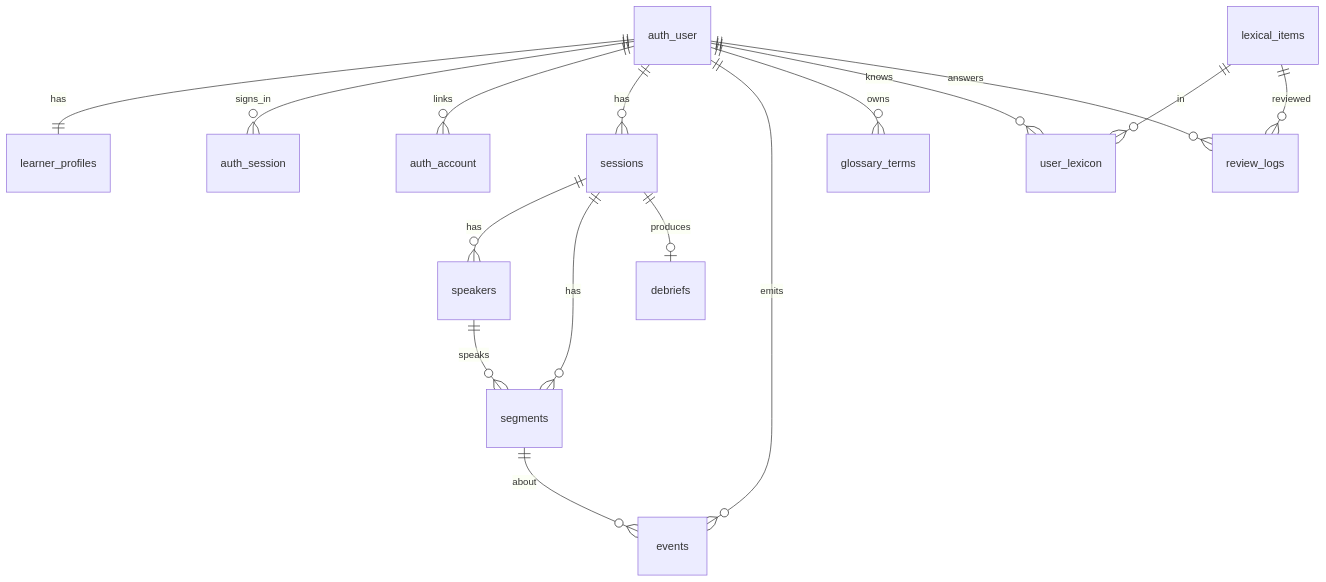
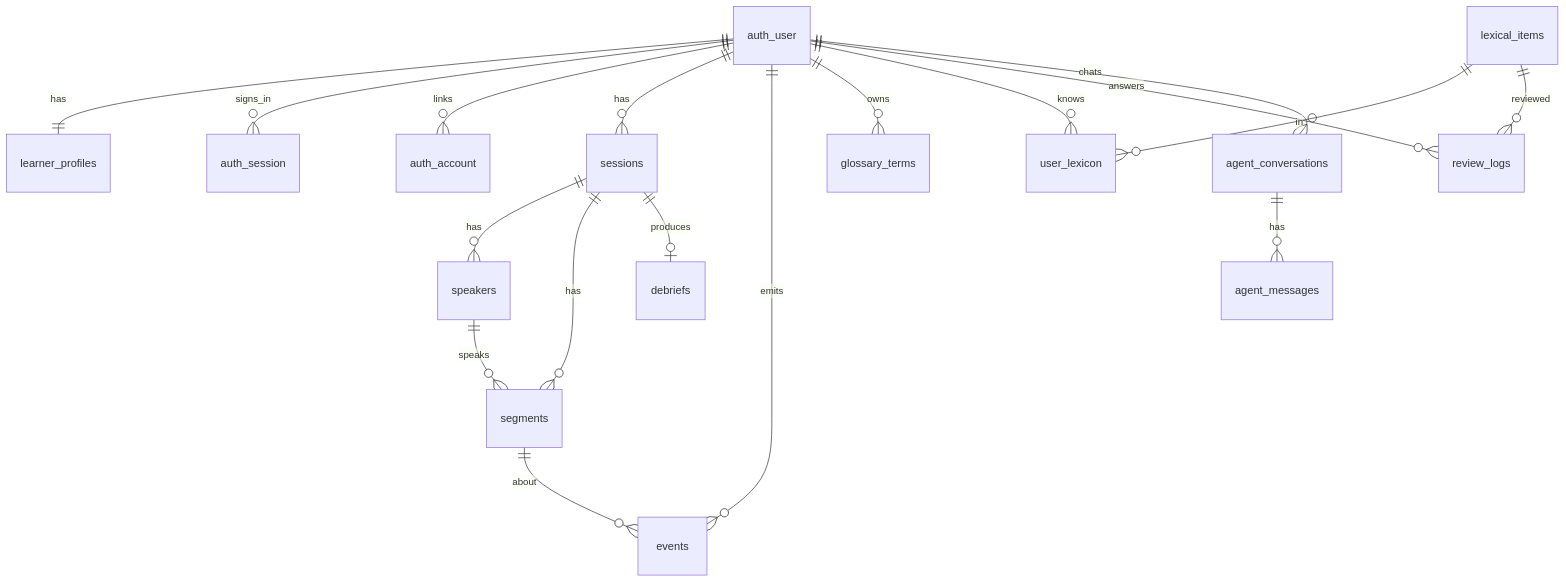
Before and after one commit to nguyendinhphongdx/CueLingo: the diagram in apps/docs/docs/03-architecture/07-data-model.md, drawn with Mermaid. The commit also changed other lines of this file and 1 other file, not shown here.

Commit message:
feat(db): add agent conversations and phrase context column

````diff
--- a/apps/docs/docs/03-architecture/07-data-model.md
+++ b/apps/docs/docs/03-architecture/07-data-model.md
@@ -5,18 +5,20 @@
 ```mermaid
 erDiagram
   auth_user ||--|| learner_profiles : has
   auth_user ||--o{ auth_session : signs_in
   auth_user ||--o{ auth_account : links
   auth_user ||--o{ sessions : has
   auth_user ||--o{ events : emits
   auth_user ||--o{ glossary_terms : owns
   auth_user ||--o{ user_lexicon : knows
   auth_user ||--o{ review_logs : answers
+  auth_user ||--o{ agent_conversations : chats
+  agent_conversations ||--o{ agent_messages : has
   sessions ||--o{ speakers : has
   sessions ||--o{ segments : has
   sessions ||--o| debriefs : produces
   speakers ||--o{ segments : speaks
   lexical_items ||--o{ user_lexicon : in
   lexical_items ||--o{ review_logs : reviewed
   segments ||--o{ events : about
 ```
````
